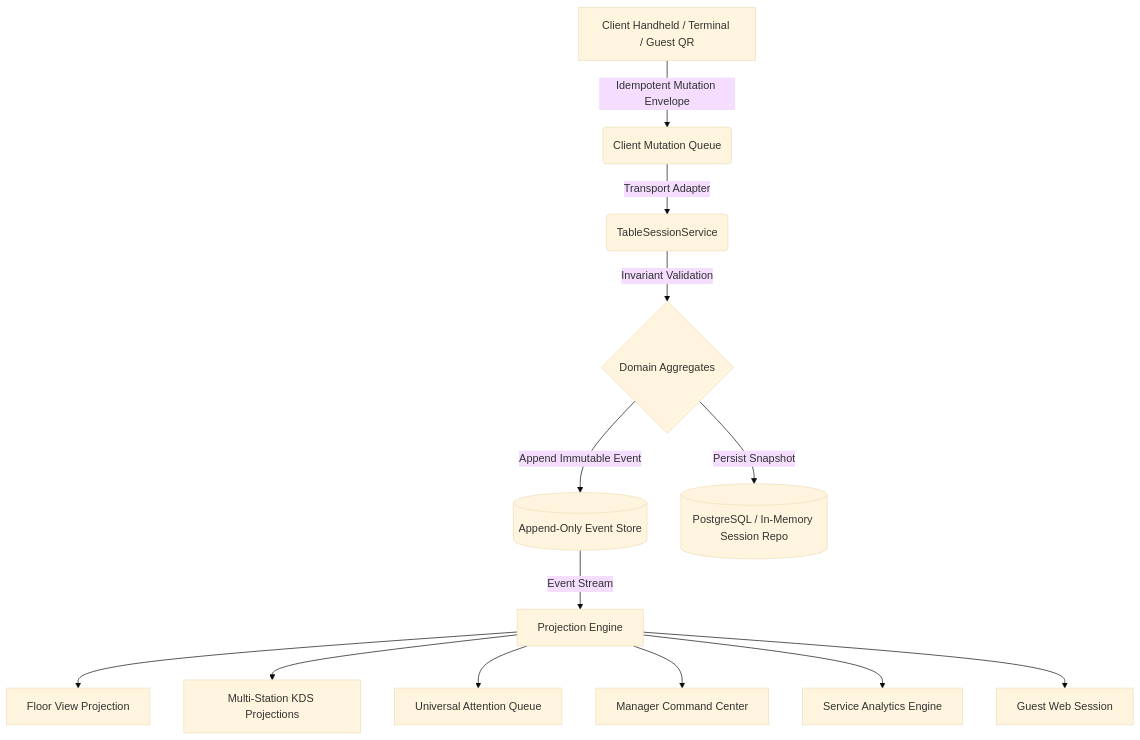
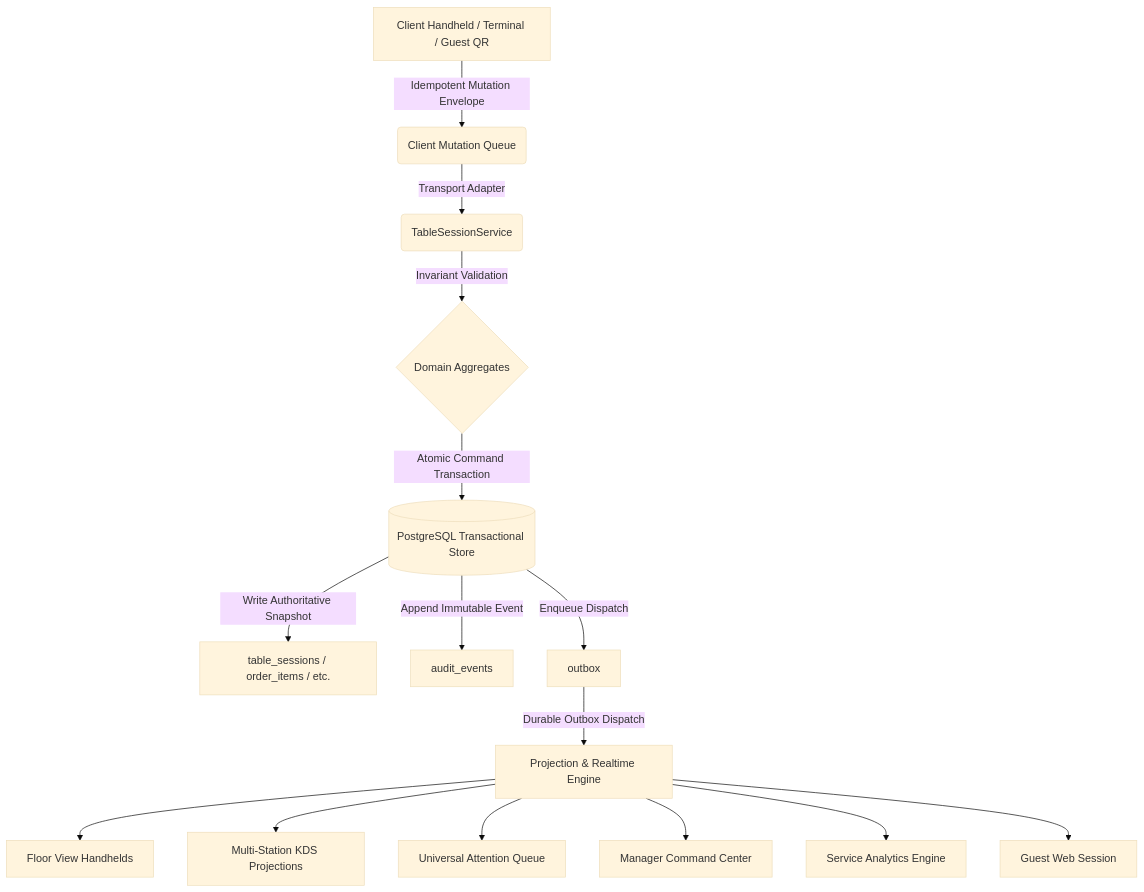
The diagram in docs/ARCHITECTURE.md (yorkstead/sic-pizza), drawn with Mermaid (base theme) before and after one commit. The commit also changed other lines of this file and 4 other files, not shown here.

````diff
--- a/docs/ARCHITECTURE.md
+++ b/docs/ARCHITECTURE.md
@@ -11,15 +11,17 @@
 ```mermaid
 graph TD
     A[Client Handheld / Terminal / Guest QR] -->|Idempotent Mutation Envelope| B(Client Mutation Queue)
     B -->|Transport Adapter| C(TableSessionService)
     C -->|Invariant Validation| D{Domain Aggregates}
-    D -->|Append Immutable Event| E[(Append-Only Event Store)]
-    D -->|Persist Snapshot| F[(PostgreSQL / In-Memory Session Repo)]
-    E -->|Event Stream| G[Projection Engine]
-    G --> H[Floor View Projection]
-    G --> I[Multi-Station KDS Projections]
-    G --> J[Universal Attention Queue]
-    G --> K[Manager Command Center]
-    G --> L[Service Analytics Engine]
-    G --> M[Guest Web Session]
+    D -->|Atomic Command Transaction| E[(PostgreSQL Transactional Store)]
+    E -->|Write Authoritative Snapshot| F[table_sessions / order_items / etc.]
+    E -->|Append Immutable Event| G[audit_events]
+    E -->|Enqueue Dispatch| H[outbox]
+    H -->|Durable Outbox Dispatch| I[Projection & Realtime Engine]
+    I --> J[Floor View Handhelds]
+    I --> K[Multi-Station KDS Projections]
+    I --> L[Universal Attention Queue]
+    I --> M[Manager Command Center]
+    I --> N[Service Analytics Engine]
+    I --> O[Guest Web Session]
 ```
````
